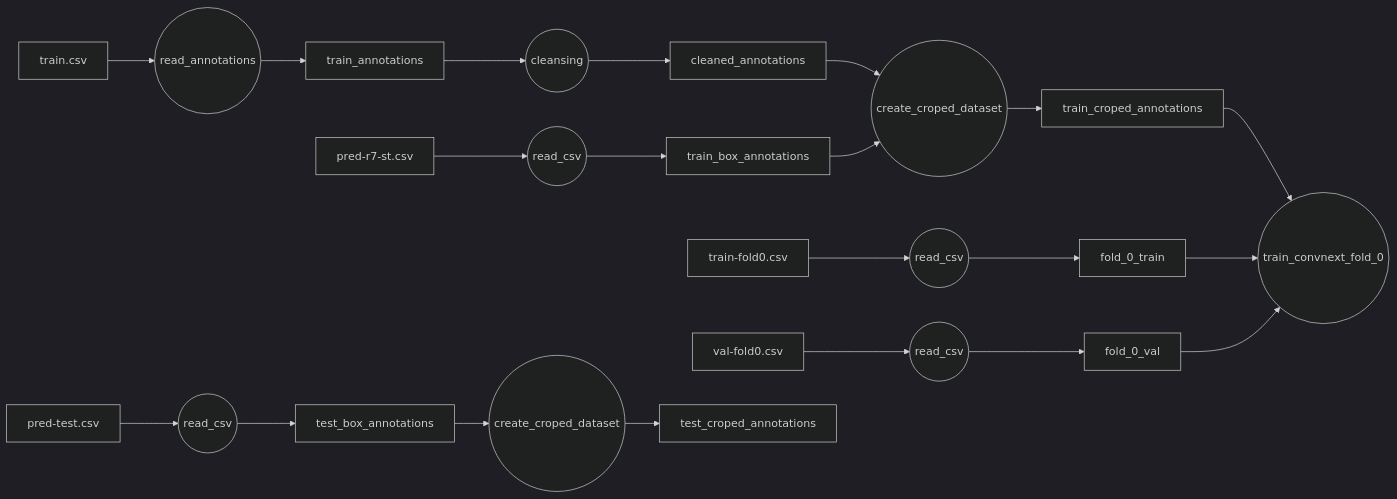
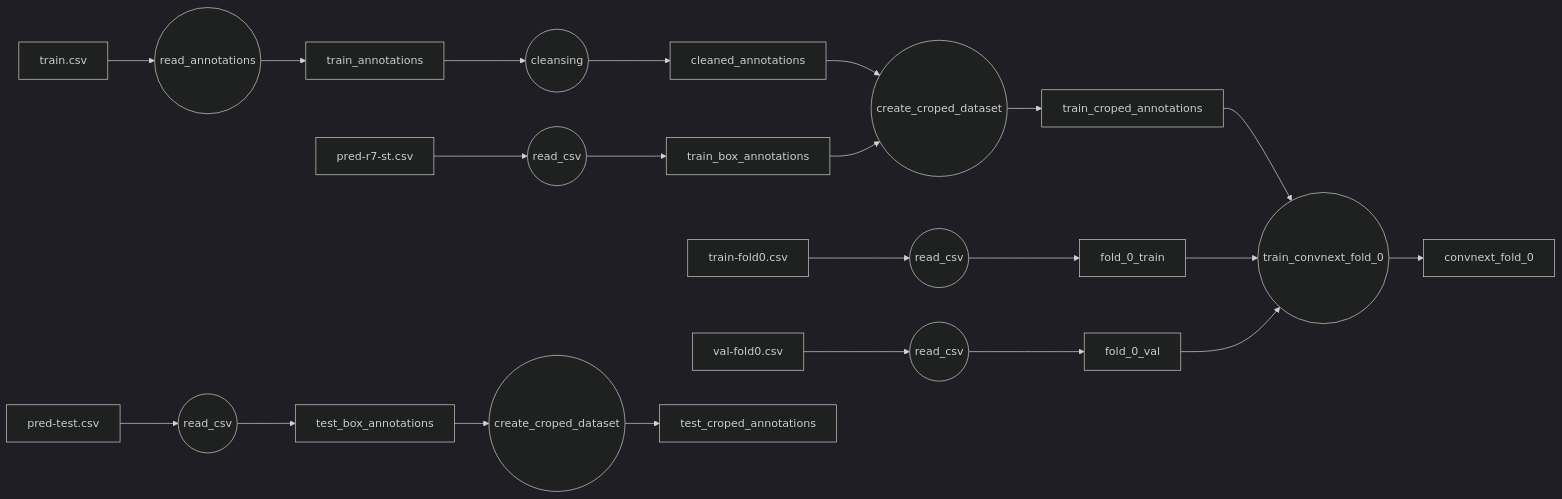
Before and after one commit to h4nyu/vision-tools: the diagram in hwad_bench/README.md, drawn with Mermaid (dark theme). The commit also changed 4 other files, not shown here.

````diff
--- a/hwad_bench/README.md
+++ b/hwad_bench/README.md
@@ -1,16 +1,18 @@
 ```mermaid
 flowchart LR
 train.csv --> read_annotations((read_annotations))
 read_annotations --> train_annotations
 train_annotations --> cleansing((cleansing)) --> cleaned_annotations
 pred-r7-st.csv --> read_csv((read_csv)) --> train_box_annotations
 cleaned_annotations --> create_croped_dataset0((create_croped_dataset)) --> train_croped_annotations
 train_box_annotations --> create_croped_dataset0
 train-fold0.csv --> read_csv0((read_csv)) --> fold_0_train
 val-fold0.csv --> read_csv1((read_csv)) --> fold_0_val
 train_croped_annotations --> train0((train_convnext_fold_0))
 fold_0_train --> train0
 fold_0_val --> train0
 pred-test.csv --> read_csv2((read_csv)) --> test_box_annotations
+train0((train_convnext_fold_0)) --> convnext_fold_0
+
 test_box_annotations --> create_croped_dataset1((create_croped_dataset)) --> test_croped_annotations
 ```
````
